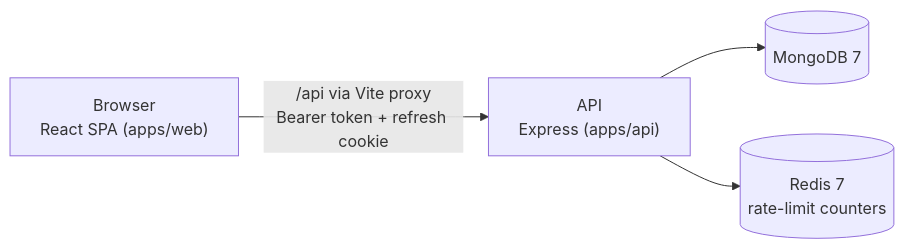
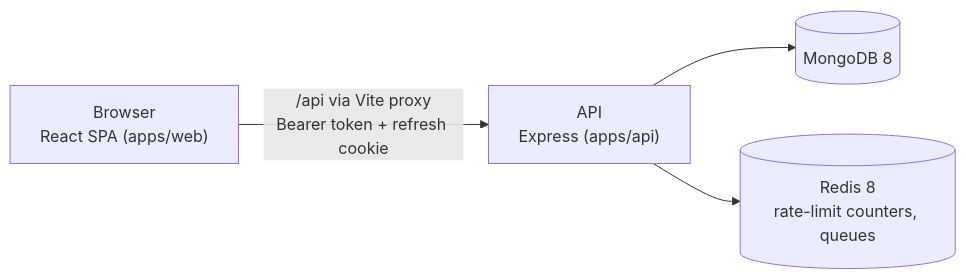
The first of 4 diagrams in docs/ARCHITECTURE.md (e-choness/eco-manage), drawn with Mermaid before and after one commit. The commit also changed other lines of this file and 8 other files, not shown here.

````diff
--- a/docs/ARCHITECTURE.md
+++ b/docs/ARCHITECTURE.md
@@ -9,6 +9,6 @@
 ```mermaid
 graph LR
     Browser["Browser<br/>React SPA (apps/web)"] -- "/api via Vite proxy<br/>Bearer token + refresh cookie" --> API["API<br/>Express (apps/api)"]
-    API --> Mongo[("MongoDB 7")]
-    API --> Redis[("Redis 7<br/>rate-limit counters")]
+    API --> Mongo[("MongoDB 8")]
+    API --> Redis[("Redis 8<br/>rate-limit counters, queues")]
 ```
````
